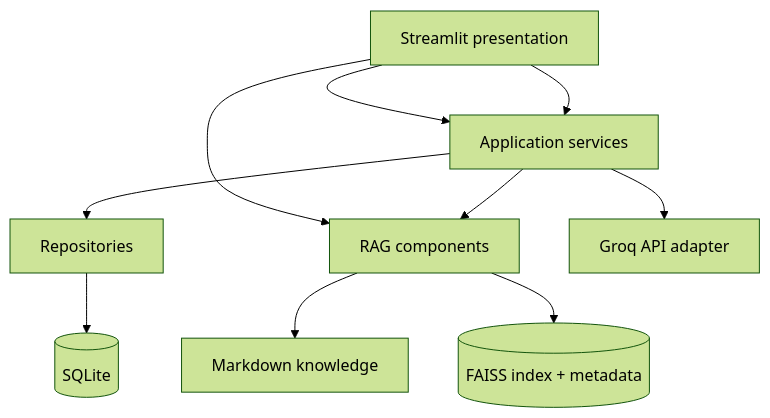
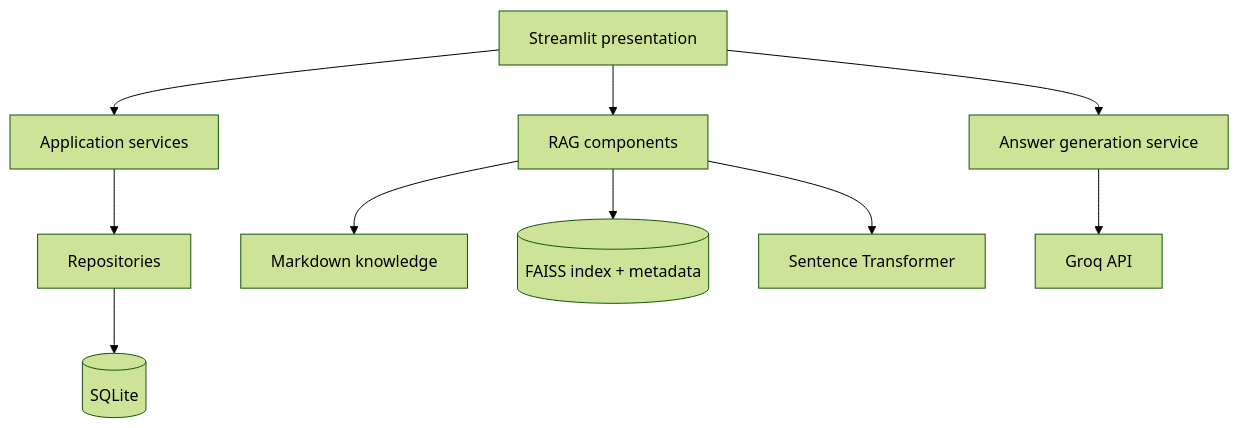
One commit to zulyadainimuhammad/poultryguard-ai changed the diagram in docs/architecture/software_architecture.md. Above: the diagram before and after it, drawn with Mermaid (forest theme). The commit also changed other lines of this file, not shown here.

Commit message:
docs: align software architecture with merged UI

````diff
--- a/docs/architecture/software_architecture.md
+++ b/docs/architecture/software_architecture.md
@@ -40,12 +46,12 @@
 ```mermaid
 flowchart TD
     UI[Streamlit presentation] --> SERVICES[Application services]
     SERVICES --> REPOS[Repositories]
     REPOS --> DB[(SQLite)]
-    UI --> SERVICES
     UI --> RAG[RAG components]
-    SERVICES --> RAG
     RAG --> KB[Markdown knowledge]
     RAG --> VS[(FAISS index + metadata)]
-    SERVICES --> PROVIDER[Groq API adapter]
+    RAG --> EMB[Sentence Transformer]
+    UI --> ANSWER[Answer generation service]
+    ANSWER --> GROQ[Groq API]
 ```
````
